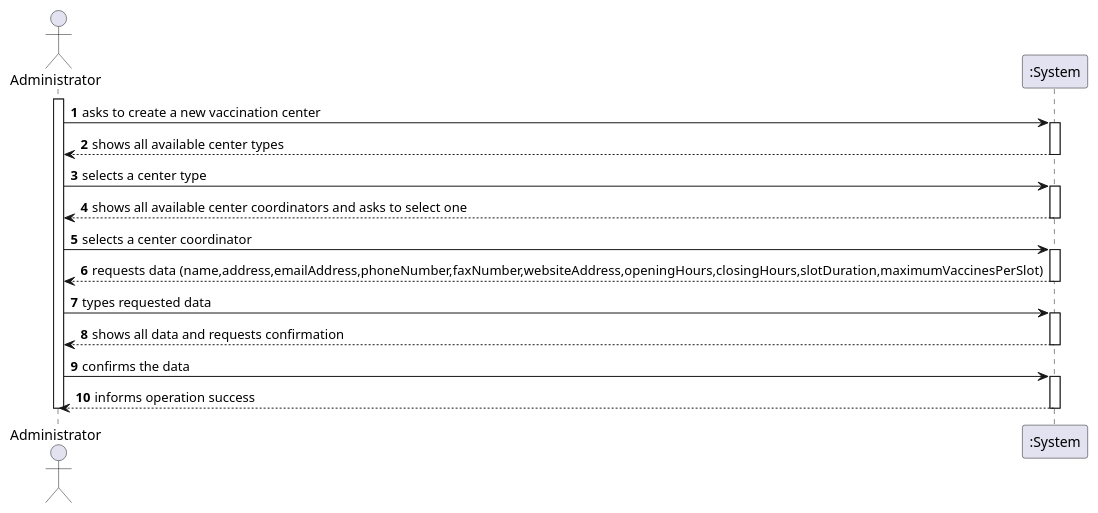
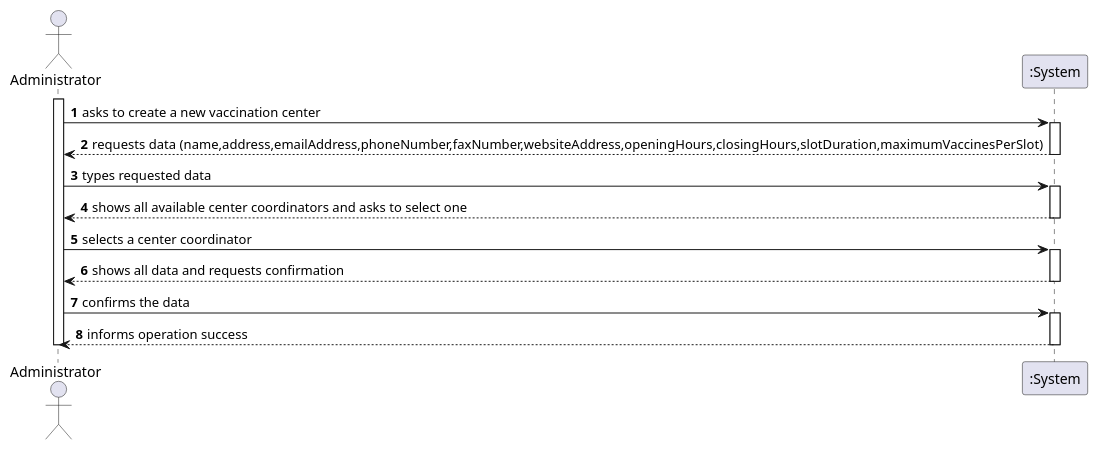
One commit to miseEnPlace-i/lapr2 changed the diagram in docs/SprintB/US09/SSD/US09_SSD.puml. Above: the diagram before and after it, drawn with PlantUML. The commit also changed 3 other files, not shown here.

```diff
--- a/docs/SprintB/US09/SSD/US09_SSD.puml
+++ b/docs/SprintB/US09/SSD/US09_SSD.puml
@@ -1,40 +1,34 @@
 @startuml US09_SSD
 
 autonumber
 actor "Administrator" as Administrator
 
 activate Administrator
 
 Administrator -> ":System" : asks to create a new vaccination center
 activate ":System"
 
-":System" --> Administrator : shows all available center types
+":System" --> Administrator : requests data (name,address,emailAddress,phoneNumber,faxNumber,websiteAddress,openingHours,closingHours,slotDuration,maximumVaccinesPerSlot)
 deactivate ":System"
 
-Administrator -> ":System" : selects a center type
+Administrator -> ":System" : types requested data
 activate ":System"
 
 ":System" --> Administrator : shows all available center coordinators and asks to select one
 deactivate ":System"
 
 Administrator -> ":System" : selects a center coordinator
-activate ":System"
-
-":System" --> Administrator : requests data (name,address,emailAddress,phoneNumber,faxNumber,websiteAddress,openingHours,closingHours,slotDuration,maximumVaccinesPerSlot)
-deactivate ":System"
-
-Administrator -> ":System" : types requested data
 activate ":System"
 
 ":System" --> Administrator : shows all data and requests confirmation
 deactivate ":System"
 
 Administrator -> ":System" : confirms the data
 activate ":System"
 
 ":System" -->Administrator : informs operation success
 deactivate ":System"
 
 deactivate Administrator
 
 @enduml
```
